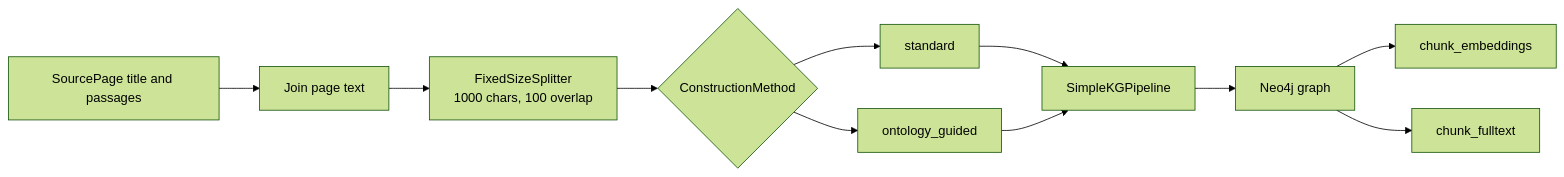
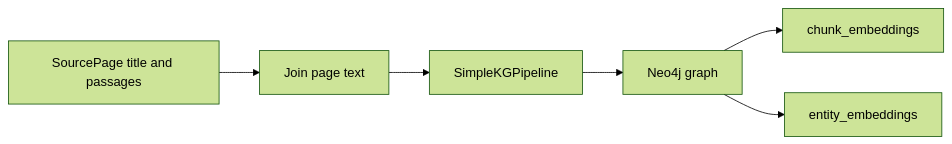
The first of 2 diagrams in docs/graphrag/construction.md (udit19199/RecRAG), drawn with Mermaid (forest theme) before and after one commit. The commit also changed other lines of this file, not shown here.

Commit message:
Clarify graph construction docs

````diff
--- a/docs/graphrag/construction.md
+++ b/docs/graphrag/construction.md
@@ -13,13 +12,8 @@
 ```mermaid
 flowchart LR
     A[SourcePage title and passages] --> B[Join page text]
-    B --> C[FixedSizeSplitter<br/>1000 chars, 100 overlap]
-    C --> D{ConstructionMethod}
-    D --> E[standard]
-    D --> F[ontology_guided]
-    E --> G[SimpleKGPipeline]
-    F --> G
-    G --> H[Neo4j graph]
-    H --> I[chunk_embeddings]
-    H --> J[chunk_fulltext]
+    B --> C[SimpleKGPipeline]
+    C --> D[Neo4j graph]
+    D --> E[chunk_embeddings]
+    D --> F[entity_embeddings]
 ```
````
